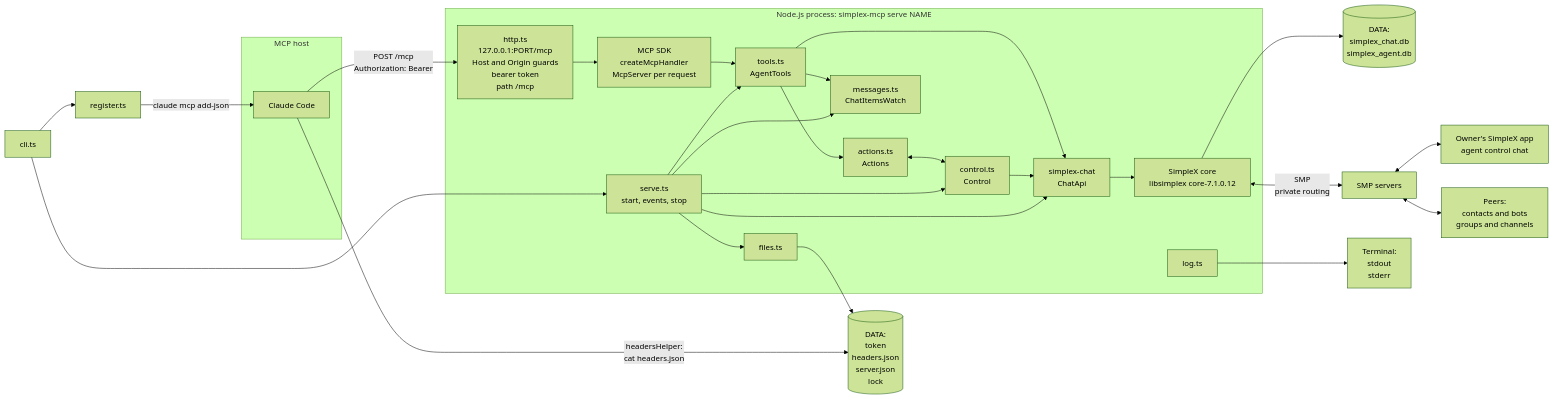
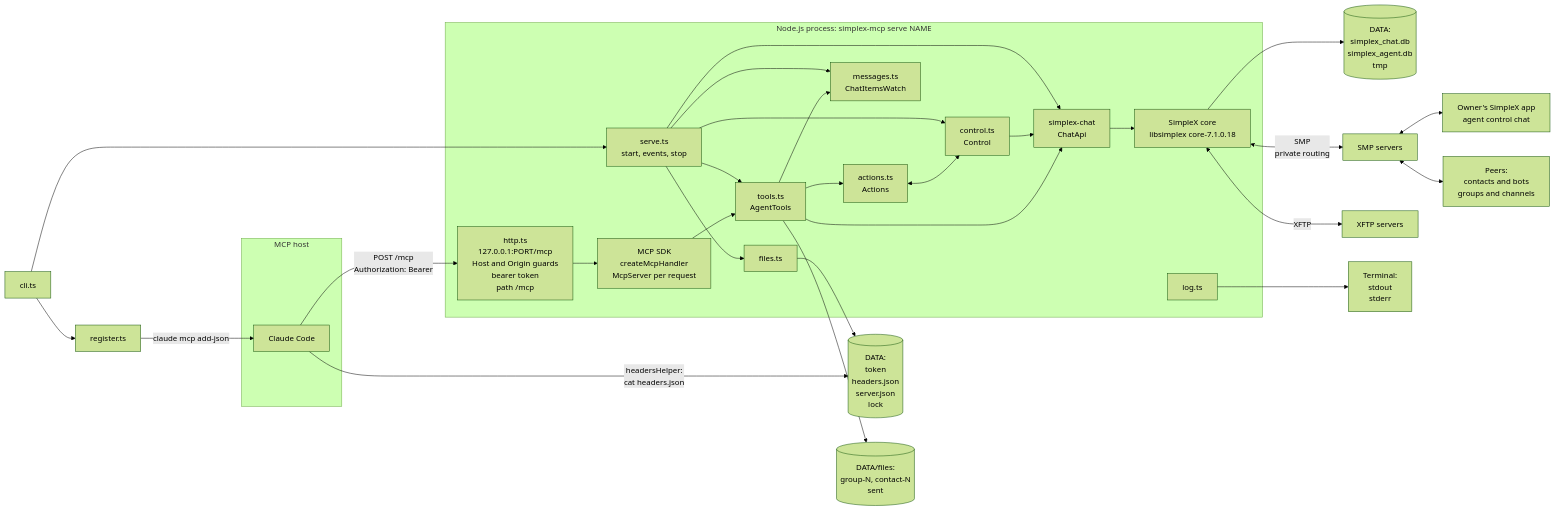
The first of 2 diagrams in packages/simplex-chat-mcp/spec/architecture.md (simplex-chat/simplex-chat), drawn with Mermaid (forest theme) before and after one commit. The commit also changed other lines of this file and 4 other files, not shown here.

````diff
--- a/packages/simplex-chat-mcp/spec/architecture.md
+++ b/packages/simplex-chat-mcp/spec/architecture.md
@@ -26,42 +26,44 @@
 ```mermaid
 flowchart LR
   subgraph host["MCP host"]
     cc["Claude Code"]
   end
   subgraph proc["Node.js process: simplex-mcp serve NAME"]
     http["http.ts<br/>127.0.0.1:PORT/mcp<br/>Host and Origin guards<br/>bearer token<br/>path /mcp"]
     sdk["MCP SDK<br/>createMcpHandler<br/>McpServer per request"]
     tools["tools.ts<br/>AgentTools"]
     actions["actions.ts<br/>Actions"]
     control["control.ts<br/>Control"]
     messages["messages.ts<br/>ChatItemsWatch"]
     serve["serve.ts<br/>start, events, stop"]
     files["files.ts"]
     log["log.ts"]
     lib["simplex-chat<br/>ChatApi"]
-    core["SimpleX core<br/>libsimplex core-7.1.0.12"]
+    core["SimpleX core<br/>libsimplex core-7.1.0.18"]
   end
   cli["cli.ts"] --> serve
   cli --> register["register.ts"]
   register -->|"claude mcp add-json"| cc
   cc -->|"headersHelper:<br/>cat headers.json"| data
   cc -->|"POST /mcp<br/>Authorization: Bearer"| http
   http --> sdk --> tools
   tools --> actions
   actions <--> control
   tools --> messages
   serve --> control
   serve --> tools
   serve --> messages
   serve --> files
   files --> data[("DATA:<br/>token<br/>headers.json<br/>server.json<br/>lock")]
+  tools --> folder[("DATA/files:<br/>group-N, contact-N<br/>sent")]
   tools --> lib
   control --> lib
   serve --> lib
   lib --> core
-  core --> db[("DATA:<br/>simplex_chat.db<br/>simplex_agent.db")]
+  core --> db[("DATA:<br/>simplex_chat.db<br/>simplex_agent.db<br/>tmp")]
   core <-->|"SMP<br/>private routing"| smp["SMP servers"]
+  core <-->|"XFTP"| xftp["XFTP servers"]
   smp <--> owner["Owner's SimpleX app<br/>agent control chat"]
   smp <--> peers["Peers:<br/>contacts and bots<br/>groups and channels"]
   log --> term["Terminal:<br/>stdout<br/>stderr"]
 ```
````
